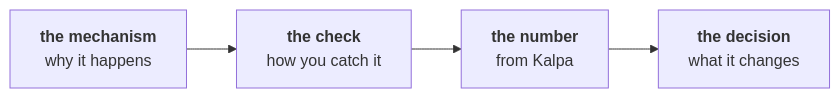
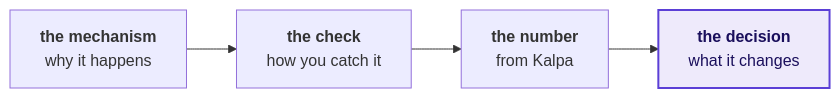
The tenth of 12 diagrams in content/W02/D5/slides/C2_W02_D05_half2_STUDENT.md (fde-academy-lab/c2-content-factory), drawn with Mermaid before and after one commit. The commit also changed other lines of this file and 5 other files, not shown here.

````diff
--- a/content/W02/D5/slides/C2_W02_D05_half2_STUDENT.md
+++ b/content/W02/D5/slides/C2_W02_D05_half2_STUDENT.md
@@ -297,6 +586,8 @@
 ```mermaid
 flowchart LR
     M["<b>the mechanism</b><br/>why it happens"] --> K["<b>the check</b><br/>how you catch it"]
     K --> N["<b>the number</b><br/>from Kalpa"]
     N --> D["<b>the decision</b><br/>what it changes"]
+    classDef known fill:#EEEAFB,stroke:#5B3FD6,color:#1A0F5C,stroke-width:2px
+    class D known
 ```
````
